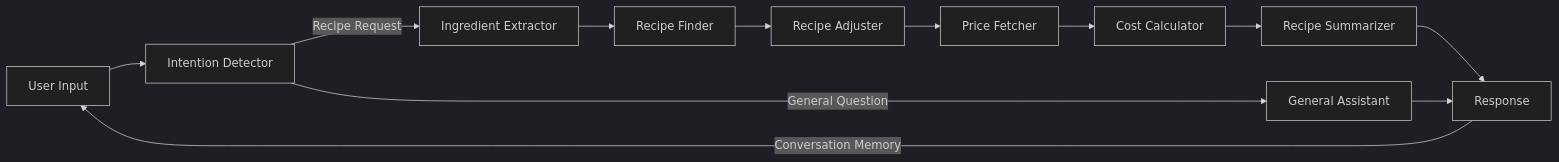
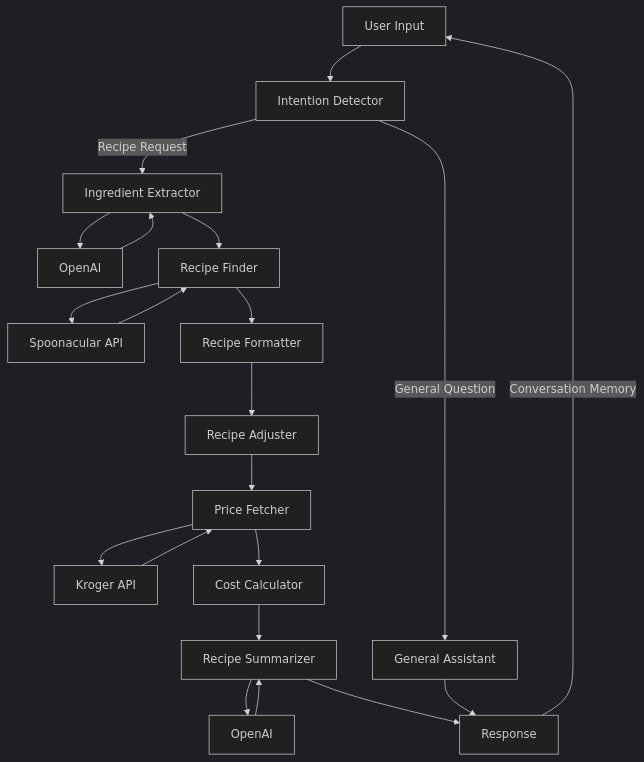
The diagram in README.md (mintyfrankie/sica-kitchen), drawn with Mermaid (dark theme) before and after one commit. The commit also changed other lines of this file, not shown here.

````diff
--- a/README.md
+++ b/README.md
@@ -62,19 +79,23 @@
 ```mermaid
-graph LR
+graph 
     U[User Input] --> ID[Intention Detector]
     ID -->|Recipe Request| IE[Ingredient Extractor]
+    IE --> GPT1[OpenAI]
+    GPT1 --> IE
     ID -->|General Question| GA[General Assistant]
-    
     IE --> RF[Recipe Finder]
-    RF --> RA[Recipe Adjuster]
+    RF --> SAPI[Spoonacular API]
+    SAPI --> RF
+    RF --> FMT[Recipe Formatter]
+    FMT --> RA[Recipe Adjuster]
     RA --> PF[Price Fetcher]
+    PF --> KAPI[Kroger API]
+    KAPI --> PF
     PF --> CC[Cost Calculator]
     CC --> RS[Recipe Summarizer]
-    
+    RS --> GPT2[OpenAI]
+    GPT2 --> RS
     RS --> R[Response]
     GA --> R
     R --> |Conversation Memory| U
-    
-    
-   
 ```
````
